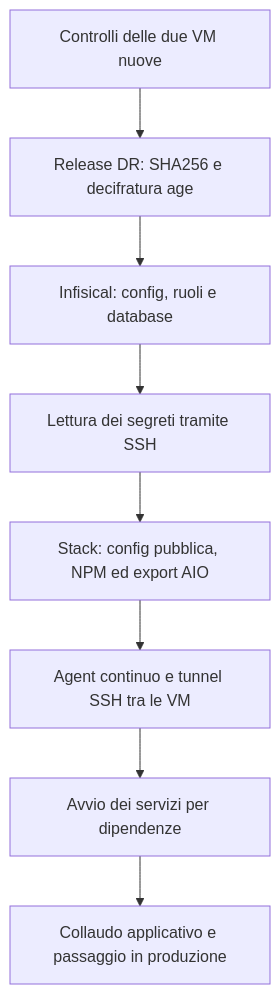
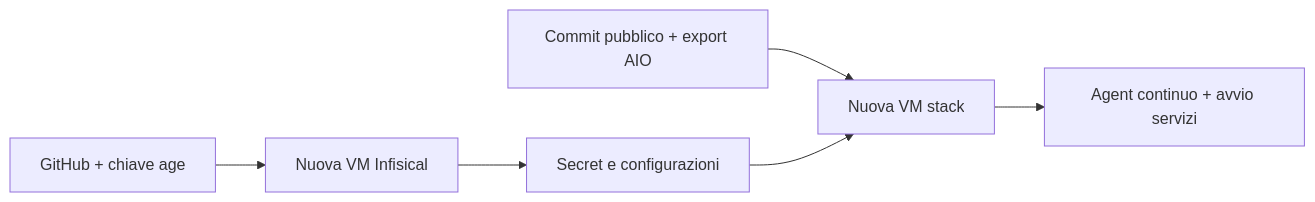
One commit to dav1dera/streams-aio-recovery-gui changed the diagram in README.md. Above: the diagram before and after it, drawn with Mermaid. The commit also changed other lines of this file and 1 other file, not shown here.

````diff
--- a/README.md
+++ b/README.md
@@ -137,10 +74,8 @@
 ```mermaid
-flowchart TD
-    A[Controlli delle due VM nuove] --> B[Release DR: SHA256 e decifratura age]
-    B --> C[Infisical: config, ruoli e database]
-    C --> D[Lettura dei segreti tramite SSH]
-    D --> E[Stack: config pubblica, NPM ed export AIO]
-    E --> F[Agent continuo e tunnel SSH tra le VM]
-    F --> G[Avvio dei servizi per dipendenze]
-    G --> H[Collaudo applicativo e passaggio in produzione]
+flowchart LR
+    A[GitHub + chiave age] --> B[Nuova VM Infisical]
+    B --> C[Secret e configurazioni]
+    D[Commit pubblico + export AIO] --> E[Nuova VM stack]
+    C --> E
+    E --> F[Agent continuo + avvio servizi]
 ```
````
